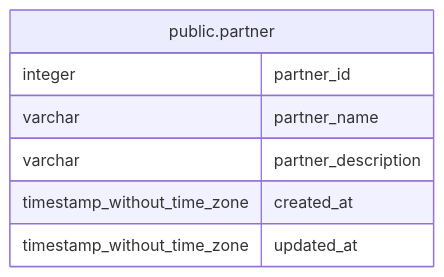
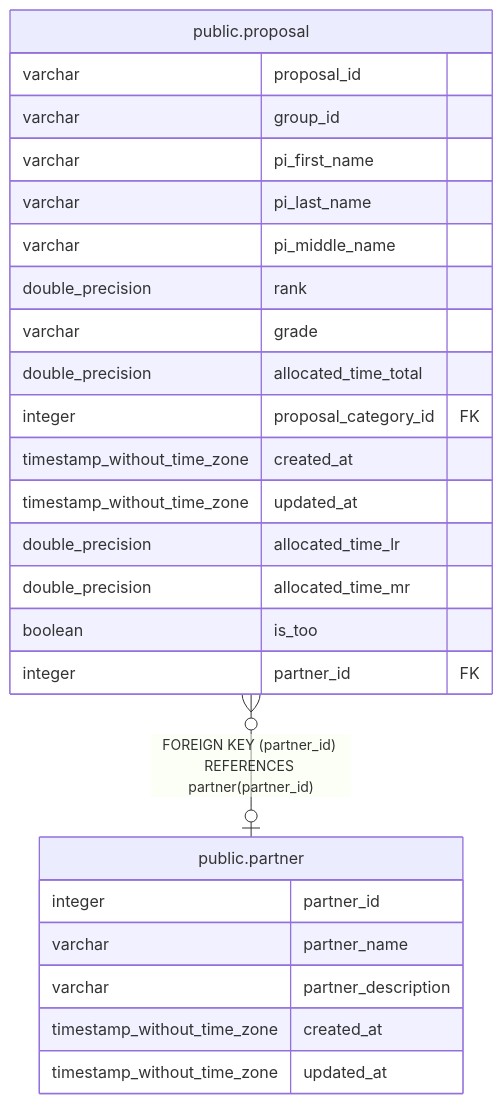
One commit to Subaru-PFS/ets_target_database changed the diagram in docs/tbls/public.partner.md. Above: the diagram before and after it, drawn with Mermaid. The commit also changed other lines of this file and 14 other files, not shown here.

Commit message:
ER diagram update

````diff
--- a/docs/tbls/public.partner.md
+++ b/docs/tbls/public.partner.md
@@ -31,12 +33,30 @@
 ```mermaid
 erDiagram
 
+"public.proposal" }o--o| "public.partner" : "FOREIGN KEY (partner_id) REFERENCES partner(partner_id)"
 
 "public.partner" {
   integer partner_id
   varchar partner_name
   varchar partner_description
   timestamp_without_time_zone created_at
   timestamp_without_time_zone updated_at
 }
+"public.proposal" {
+  varchar proposal_id
+  varchar group_id
+  varchar pi_first_name
+  varchar pi_last_name
+  varchar pi_middle_name
+  double_precision rank
+  varchar grade
+  double_precision allocated_time_total
+  integer proposal_category_id FK
+  timestamp_without_time_zone created_at
+  timestamp_without_time_zone updated_at
+  double_precision allocated_time_lr
+  double_precision allocated_time_mr
+  boolean is_too
+  integer partner_id FK
+}
 ```
````
